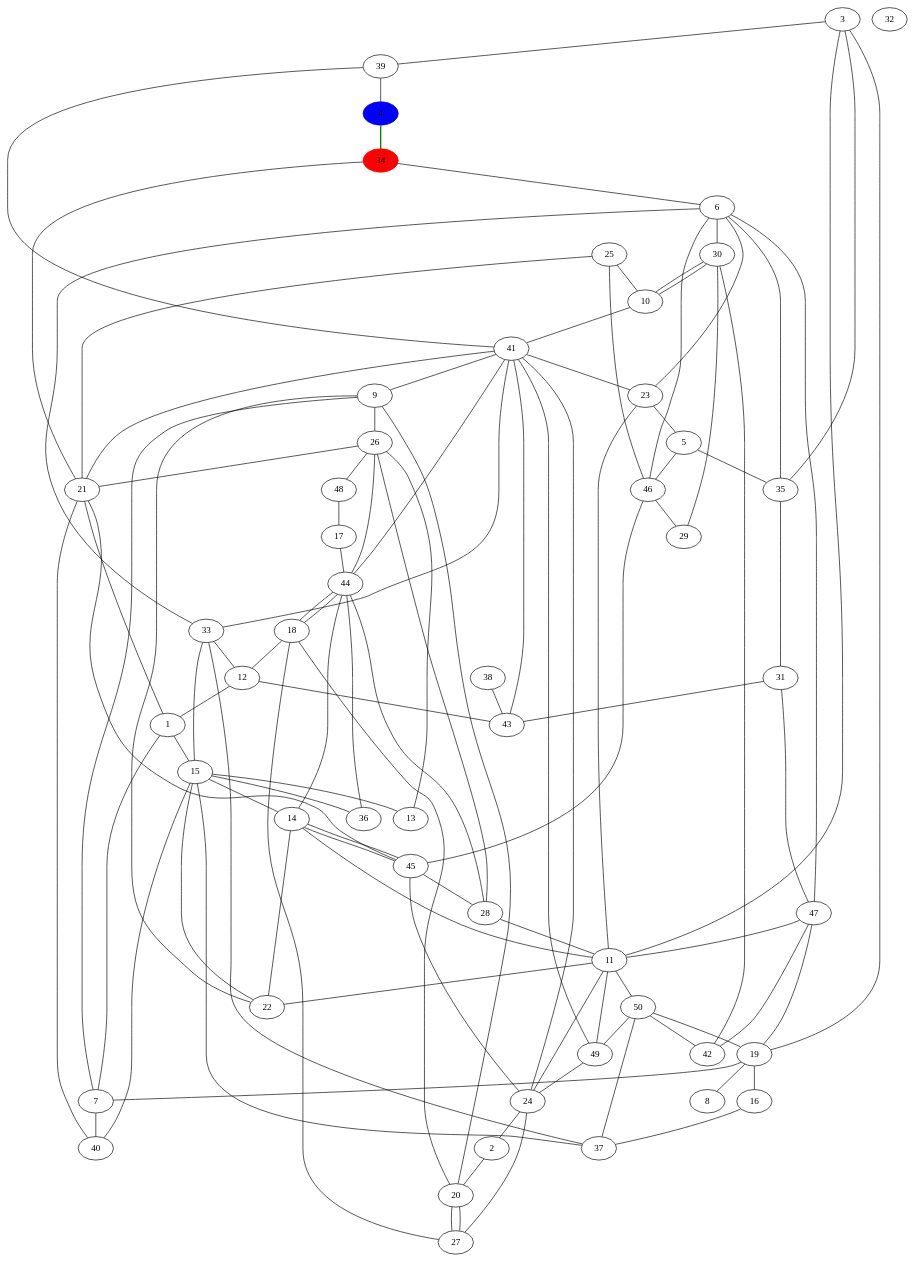
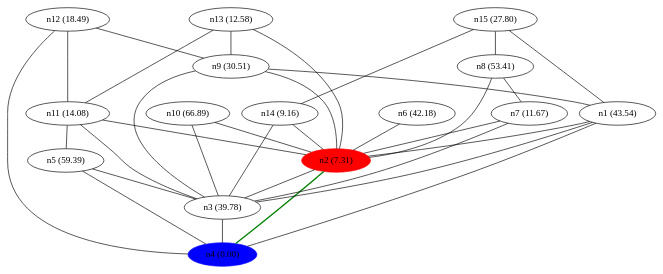
Before and after one commit to AltairAG/DAA-: the diagram in DAlgoritmos/Proyecto/Archivos/Dijkstra_resultado.gv, drawn with Graphviz. The commit also changed 5 other files, not shown here.

```diff
--- a/DAlgoritmos/Proyecto/Archivos/Dijkstra_resultado.gv
+++ b/DAlgoritmos/Proyecto/Archivos/Dijkstra_resultado.gv
@@ -1,157 +1,49 @@
 graph G {
-4 [label="4" color=blue, style=filled];
-34 [label="34" color=red, style=filled];
-1 [label="1"];
-2 [label="2"];
-3 [label="3"];
-5 [label="5"];
-6 [label="6"];
-7 [label="7"];
-8 [label="8"];
-9 [label="9"];
-10 [label="10"];
-11 [label="11"];
-12 [label="12"];
-13 [label="13"];
-14 [label="14"];
-15 [label="15"];
-16 [label="16"];
-17 [label="17"];
-18 [label="18"];
-19 [label="19"];
-20 [label="20"];
-21 [label="21"];
-22 [label="22"];
-23 [label="23"];
-24 [label="24"];
-25 [label="25"];
-26 [label="26"];
-27 [label="27"];
-28 [label="28"];
-29 [label="29"];
-30 [label="30"];
-31 [label="31"];
-32 [label="32"];
-33 [label="33"];
-35 [label="35"];
-36 [label="36"];
-37 [label="37"];
-38 [label="38"];
-39 [label="39"];
-40 [label="40"];
-41 [label="41"];
-42 [label="42"];
-43 [label="43"];
-44 [label="44"];
-45 [label="45"];
-46 [label="46"];
-47 [label="47"];
-48 [label="48"];
-49 [label="49"];
-50 [label="50"];
-26 -- 21 [color=black, penwidth=1, weight=1];
-19 -- 8 [color=black, penwidth=1, weight=1];
-22 -- 9 [color=black, penwidth=1, weight=1];
-44 -- 36 [color=black, penwidth=1, weight=1];
-20 -- 27 [color=black, penwidth=1, weight=1];
-3 -- 19 [color=black, penwidth=1, weight=1];
-12 -- 43 [color=black, penwidth=1, weight=1];
-17 -- 44 [color=black, penwidth=1, weight=1];
-31 -- 43 [color=black, penwidth=1, weight=1];
-44 -- 14 [color=black, penwidth=1, weight=1];
-41 -- 23 [color=black, penwidth=1, weight=1];
-46 -- 29 [color=black, penwidth=1, weight=1];
-11 -- 14 [color=black, penwidth=1, weight=1];
-41 -- 21 [color=black, penwidth=1, weight=1];
-18 -- 44 [color=black, penwidth=1, weight=1];
-10 -- 41 [color=black, penwidth=1, weight=1];
-30 -- 29 [color=black, penwidth=1, weight=1];
-18 -- 12 [color=black, penwidth=1, weight=1];
-39 -- 41 [color=black, penwidth=1, weight=1];
-7 -- 1 [color=black, penwidth=1, weight=1];
-25 -- 21 [color=black, penwidth=1, weight=1];
-14 -- 22 [color=black, penwidth=1, weight=1];
-42 -- 30 [color=black, penwidth=1, weight=1];
-47 -- 42 [color=black, penwidth=1, weight=1];
-40 -- 15 [color=black, penwidth=1, weight=1];
-24 -- 2 [color=black, penwidth=1, weight=1];
-18 -- 20 [color=black, penwidth=1, weight=1];
-19 -- 7 [color=black, penwidth=1, weight=1];
-40 -- 21 [color=black, penwidth=1, weight=1];
-19 -- 16 [color=black, penwidth=1, weight=1];
-3 -- 11 [color=black, penwidth=1, weight=1];
-47 -- 11 [color=black, penwidth=1, weight=1];
-3 -- 39 [color=black, penwidth=1, weight=1];
-7 -- 40 [color=black, penwidth=1, weight=1];
-11 -- 50 [color=black, penwidth=1, weight=1];
-15 -- 13 [color=black, penwidth=1, weight=1];
+4 [label="n4 (0.00)" color=blue, style=filled];
+2 [label="n2 (7.31)" color=red, style=filled];
+1 [label="n1 (43.54)"];
+3 [label="n3 (39.78)"];
+5 [label="n5 (59.39)"];
+6 [label="n6 (42.18)"];
+7 [label="n7 (11.67)"];
+8 [label="n8 (53.41)"];
+9 [label="n9 (30.51)"];
+10 [label="n10 (66.89)"];
+11 [label="n11 (14.08)"];
+12 [label="n12 (18.49)"];
+13 [label="n13 (12.58)"];
+14 [label="n14 (9.16)"];
+15 [label="n15 (27.80)"];
+1 -- 2 [color=black, penwidth=1, weight=1];
+1 -- 3 [color=black, penwidth=1, weight=1];
+1 -- 4 [color=black, penwidth=1, weight=1];
+2 -- 3 [color=black, penwidth=1, weight=1];
+2 -- 4 [color=green, penwidth=2, weight=1];
+3 -- 4 [color=black, penwidth=1, weight=1];
+5 -- 4 [color=black, penwidth=1, weight=1];
+5 -- 3 [color=black, penwidth=1, weight=1];
+6 -- 2 [color=black, penwidth=1, weight=1];
+7 -- 2 [color=black, penwidth=1, weight=1];
+7 -- 3 [color=black, penwidth=1, weight=1];
+8 -- 2 [color=black, penwidth=1, weight=1];
+8 -- 7 [color=black, penwidth=1, weight=1];
+9 -- 1 [color=black, penwidth=1, weight=1];
+9 -- 3 [color=black, penwidth=1, weight=1];
+9 -- 2 [color=black, penwidth=1, weight=1];
+10 -- 2 [color=black, penwidth=1, weight=1];
+10 -- 3 [color=black, penwidth=1, weight=1];
+11 -- 2 [color=black, penwidth=1, weight=1];
+11 -- 3 [color=black, penwidth=1, weight=1];
+11 -- 5 [color=black, penwidth=1, weight=1];
+12 -- 4 [color=black, penwidth=1, weight=1];
+12 -- 9 [color=black, penwidth=1, weight=1];
+12 -- 11 [color=black, penwidth=1, weight=1];
+13 -- 2 [color=black, penwidth=1, weight=1];
+13 -- 11 [color=black, penwidth=1, weight=1];
+13 -- 9 [color=black, penwidth=1, weight=1];
+14 -- 2 [color=black, penwidth=1, weight=1];
+14 -- 3 [color=black, penwidth=1, weight=1];
+15 -- 8 [color=black, penwidth=1, weight=1];
+15 -- 1 [color=black, penwidth=1, weight=1];
 15 -- 14 [color=black, penwidth=1, weight=1];
-44 -- 18 [color=black, penwidth=1, weight=1];
-5 -- 46 [color=black, penwidth=1, weight=1];
-11 -- 22 [color=black, penwidth=1, weight=1];
-35 -- 31 [color=black, penwidth=1, weight=1];
-5 -- 35 [color=black, penwidth=1, weight=1];
-46 -- 6 [color=black, penwidth=1, weight=1];
-11 -- 24 [color=black, penwidth=1, weight=1];
-6 -- 33 [color=black, penwidth=1, weight=1];
-33 -- 15 [color=black, penwidth=1, weight=1];
-9 -- 26 [color=black, penwidth=1, weight=1];
-22 -- 15 [color=black, penwidth=1, weight=1];
-23 -- 5 [color=black, penwidth=1, weight=1];
-41 -- 43 [color=black, penwidth=1, weight=1];
-3 -- 35 [color=black, penwidth=1, weight=1];
-45 -- 28 [color=black, penwidth=1, weight=1];
-15 -- 36 [color=black, penwidth=1, weight=1];
-39 -- 4 [color=black, penwidth=1, weight=1];
-7 -- 9 [color=black, penwidth=1, weight=1];
-20 -- 9 [color=black, penwidth=1, weight=1];
-13 -- 26 [color=black, penwidth=1, weight=1];
-34 -- 6 [color=black, penwidth=1, weight=1];
-25 -- 46 [color=black, penwidth=1, weight=1];
-50 -- 42 [color=black, penwidth=1, weight=1];
-34 -- 21 [color=black, penwidth=1, weight=1];
-46 -- 45 [color=black, penwidth=1, weight=1];
-10 -- 30 [color=black, penwidth=1, weight=1];
-38 -- 43 [color=black, penwidth=1, weight=1];
-41 -- 33 [color=black, penwidth=1, weight=1];
-47 -- 19 [color=black, penwidth=1, weight=1];
-48 -- 17 [color=black, penwidth=1, weight=1];
-27 -- 20 [color=black, penwidth=1, weight=1];
-28 -- 26 [color=black, penwidth=1, weight=1];
-37 -- 50 [color=black, penwidth=1, weight=1];
-31 -- 47 [color=black, penwidth=1, weight=1];
-44 -- 28 [color=black, penwidth=1, weight=1];
-49 -- 24 [color=black, penwidth=1, weight=1];
-30 -- 10 [color=black, penwidth=1, weight=1];
-47 -- 6 [color=black, penwidth=1, weight=1];
-1 -- 15 [color=black, penwidth=1, weight=1];
-12 -- 1 [color=black, penwidth=1, weight=1];
-2 -- 20 [color=black, penwidth=1, weight=1];
-6 -- 30 [color=black, penwidth=1, weight=1];
-18 -- 27 [color=black, penwidth=1, weight=1];
-23 -- 11 [color=black, penwidth=1, weight=1];
-41 -- 9 [color=black, penwidth=1, weight=1];
-45 -- 21 [color=black, penwidth=1, weight=1];
-50 -- 19 [color=black, penwidth=1, weight=1];
-45 -- 14 [color=black, penwidth=1, weight=1];
-49 -- 11 [color=black, penwidth=1, weight=1];
-27 -- 24 [color=black, penwidth=1, weight=1];
-14 -- 45 [color=black, penwidth=1, weight=1];
-25 -- 10 [color=black, penwidth=1, weight=1];
-37 -- 15 [color=black, penwidth=1, weight=1];
-24 -- 41 [color=black, penwidth=1, weight=1];
-45 -- 24 [color=black, penwidth=1, weight=1];
-44 -- 41 [color=black, penwidth=1, weight=1];
-50 -- 49 [color=black, penwidth=1, weight=1];
-28 -- 11 [color=black, penwidth=1, weight=1];
-21 -- 1 [color=black, penwidth=1, weight=1];
-35 -- 6 [color=black, penwidth=1, weight=1];
-26 -- 44 [color=black, penwidth=1, weight=1];
-33 -- 12 [color=black, penwidth=1, weight=1];
-49 -- 41 [color=black, penwidth=1, weight=1];
-4 -- 34 [color=green, penwidth=2, weight=1];
-33 -- 37 [color=black, penwidth=1, weight=1];
-16 -- 37 [color=black, penwidth=1, weight=1];
-23 -- 6 [color=black, penwidth=1, weight=1];
-26 -- 48 [color=black, penwidth=1, weight=1];
 }
```
